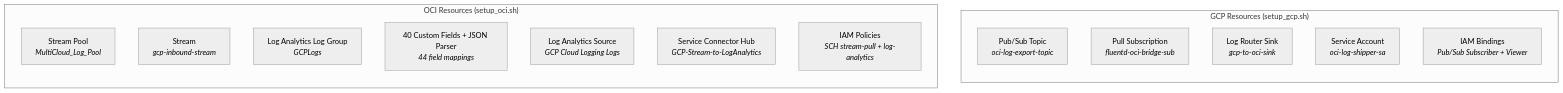
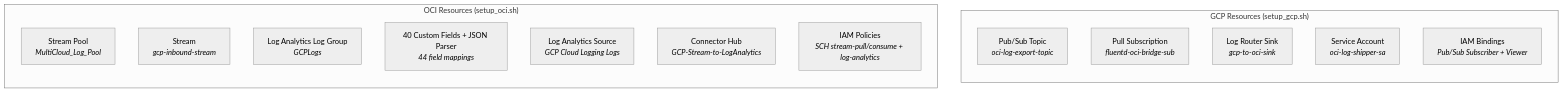
The second of 2 diagrams in README.md (adibirzu/gcplogs2oci), drawn with Mermaid (neutral theme) before and after one commit. The commit also changed other lines of this file and 15 other files, not shown here.

First line of the commit message:
Add GCP/OCI IAM helper scripts; rename SCH

````diff
--- a/README.md
+++ b/README.md
@@ -44,22 +44,22 @@
 ```mermaid
 flowchart TB
     subgraph GCP ["GCP Resources (setup_gcp.sh)"]
         direction TB
         G1["Pub/Sub Topic<br/><i>oci-log-export-topic</i>"]
         G2["Pull Subscription<br/><i>fluentd-oci-bridge-sub</i>"]
         G3["Log Router Sink<br/><i>gcp-to-oci-sink</i>"]
         G4["Service Account<br/><i>oci-log-shipper-sa</i>"]
         G5["IAM Bindings<br/><i>Pub/Sub Subscriber + Viewer</i>"]
     end
 
     subgraph OCI ["OCI Resources (setup_oci.sh)"]
         direction TB
         O1["Stream Pool<br/><i>MultiCloud_Log_Pool</i>"]
         O2["Stream<br/><i>gcp-inbound-stream</i>"]
         O3["Log Analytics Log Group<br/><i>GCPLogs</i>"]
         O4["40 Custom Fields + JSON Parser<br/><i>44 field mappings</i>"]
         O5["Log Analytics Source<br/><i>GCP Cloud Logging Logs</i>"]
-        O6["Service Connector Hub<br/><i>GCP-Stream-to-LogAnalytics</i>"]
-        O7["IAM Policies<br/><i>SCH stream-pull + log-analytics</i>"]
+        O6["Connector Hub<br/><i>GCP-Stream-to-LogAnalytics</i>"]
+        O7["IAM Policies<br/><i>SCH stream-pull/consume + log-analytics</i>"]
     end
 ```
````
